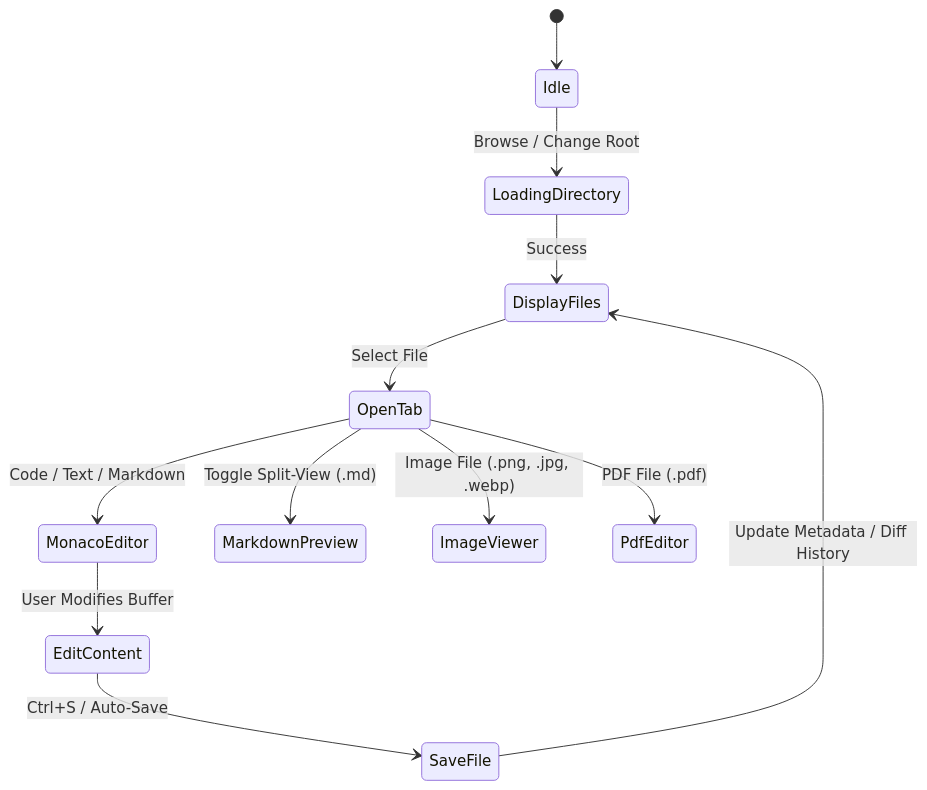
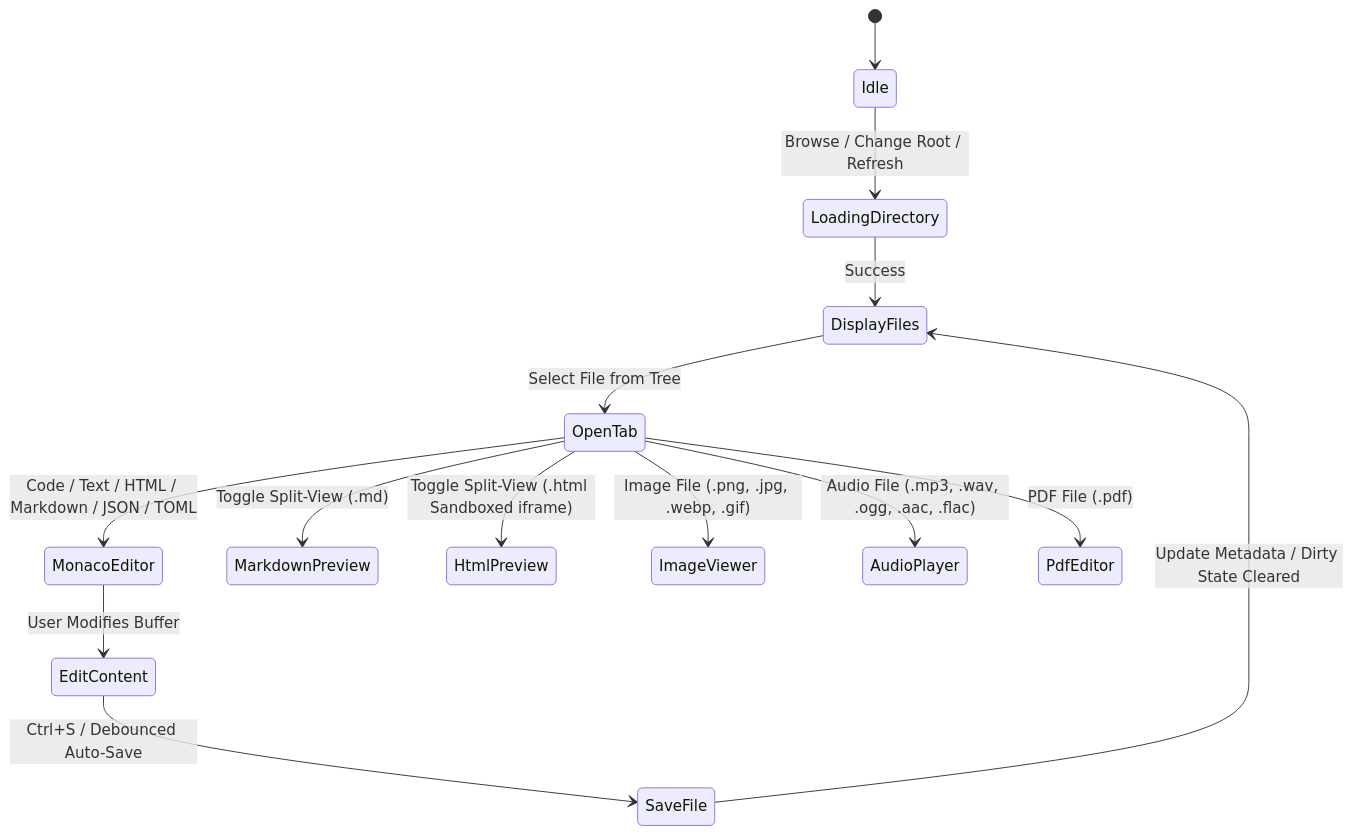
The third of 11 diagrams in PRD.md (zishan049/Composer), drawn with Mermaid before and after one commit. The commit also changed other lines of this file and 25 other files, not shown here.

````diff
--- a/PRD.md
+++ b/PRD.md
@@ -157,14 +163,16 @@
 ```mermaid
 stateDiagram-v2
     [*] --> Idle
-    Idle --> LoadingDirectory: Browse / Change Root
+    Idle --> LoadingDirectory: Browse / Change Root / Refresh
     LoadingDirectory --> DisplayFiles: Success
-    DisplayFiles --> OpenTab: Select File
-    OpenTab --> MonacoEditor: Code / Text / Markdown
+    DisplayFiles --> OpenTab: Select File from Tree
+    OpenTab --> MonacoEditor: Code / Text / HTML / Markdown / JSON / TOML
     OpenTab --> MarkdownPreview: Toggle Split-View (.md)
-    OpenTab --> ImageViewer: Image File (.png, .jpg, .webp)
+    OpenTab --> HtmlPreview: Toggle Split-View (.html Sandboxed iframe)
+    OpenTab --> ImageViewer: Image File (.png, .jpg, .webp, .gif)
+    OpenTab --> AudioPlayer: Audio File (.mp3, .wav, .ogg, .aac, .flac)
     OpenTab --> PdfEditor: PDF File (.pdf)
     MonacoEditor --> EditContent: User Modifies Buffer
-    EditContent --> SaveFile: Ctrl+S / Auto-Save
-    SaveFile --> DisplayFiles: Update Metadata / Diff History
+    EditContent --> SaveFile: Ctrl+S / Debounced Auto-Save
+    SaveFile --> DisplayFiles: Update Metadata / Dirty State Cleared
 ```
````
